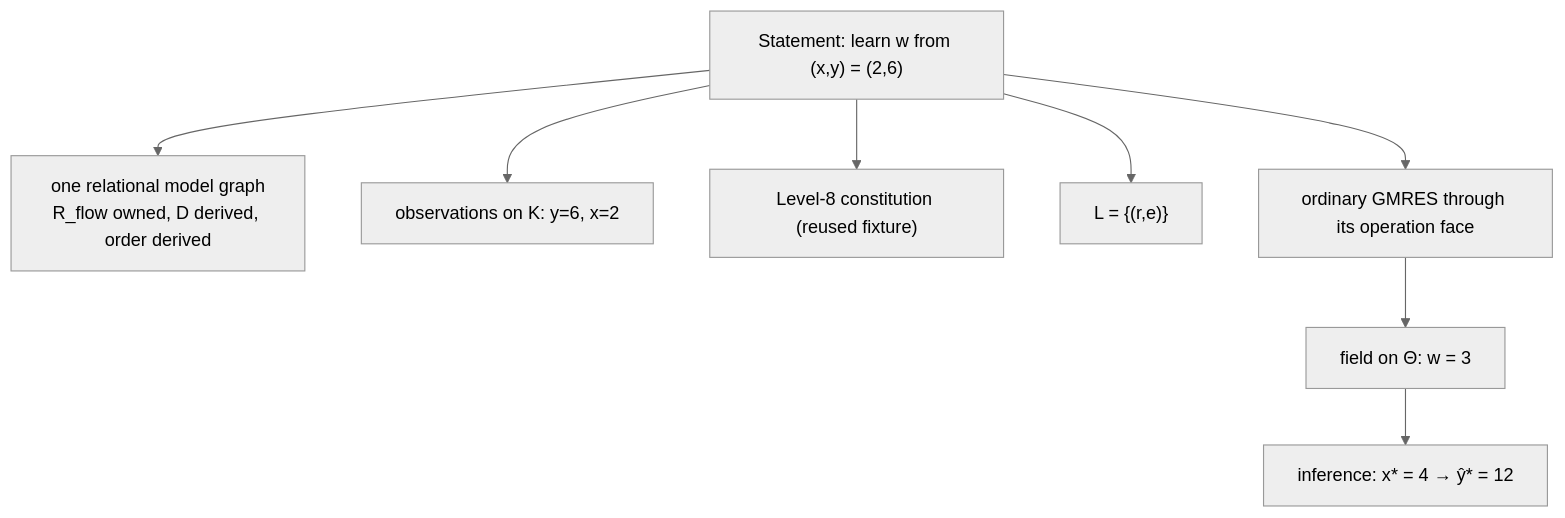
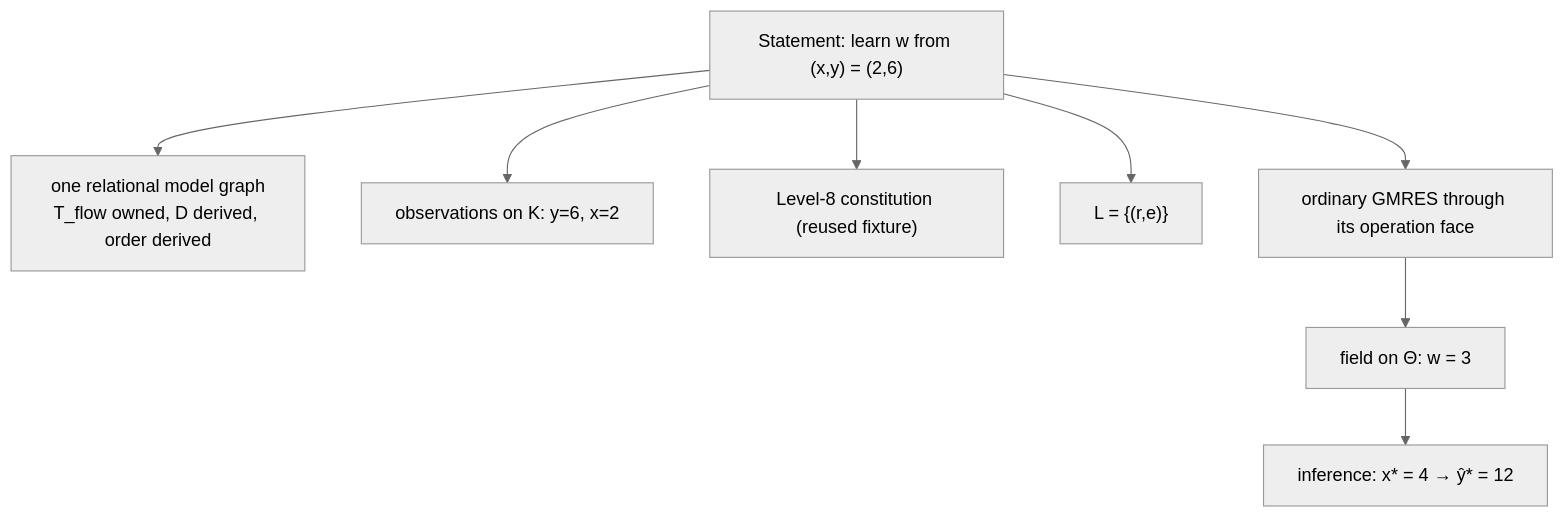
Before and after one commit to komahanb/unstructured-finite-volume: the tenth of 12 diagrams in test/learning-tower/README.md, drawn with Mermaid (neutral theme). The commit also changed other lines of this file and 62 other files, not shown here.

````diff
--- a/test/learning-tower/README.md
+++ b/test/learning-tower/README.md
@@ -1344,12 +1344,12 @@
 ```mermaid
 flowchart TB
     S["Statement: learn w from (x,y) = (2,6)"]
 
-    S --> structure["one relational model graph<br/>R_flow owned, D derived, order derived"]
+    S --> structure["one relational model graph<br/>T_flow owned, D derived, order derived"]
     S --> data["observations on K: y=6, x=2"]
     S --> laws["Level-8 constitution (reused fixture)"]
     S --> loc["L = {(r,e)}"]
     S --> solve["ordinary GMRES through its operation face"]
     solve --> result["field on Θ:  w = 3"]
     result --> infer["inference: x* = 4 → ŷ* = 12"]
 ```
````
